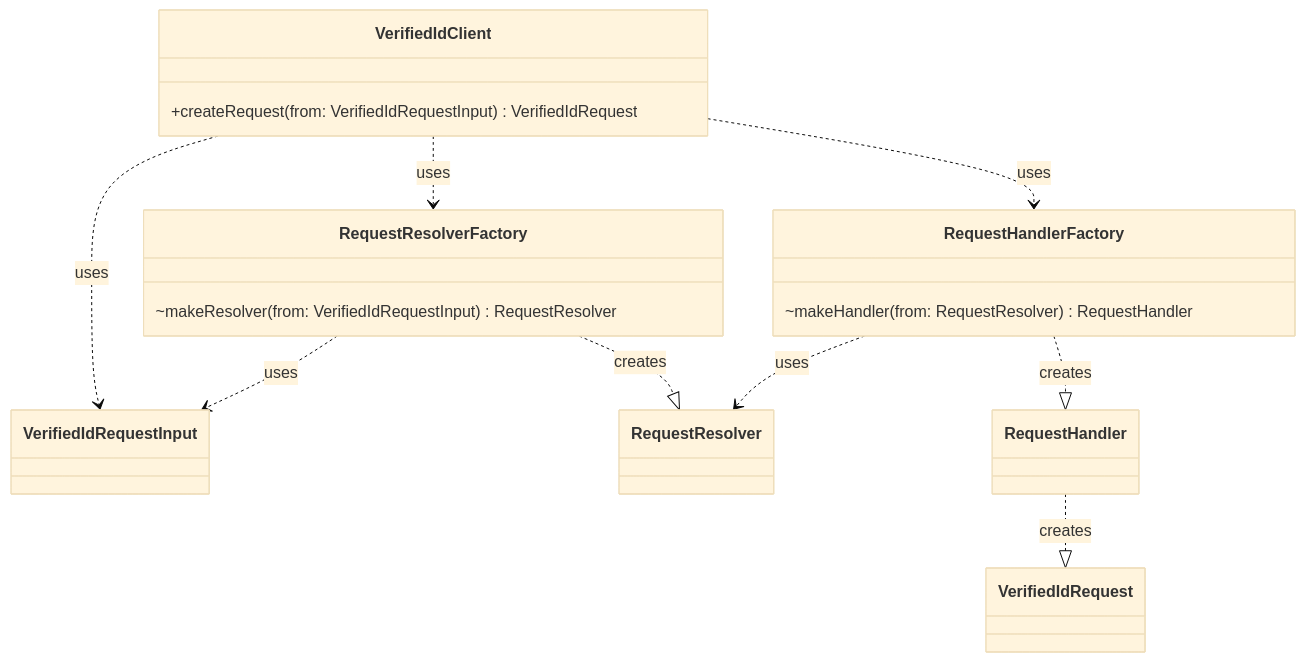
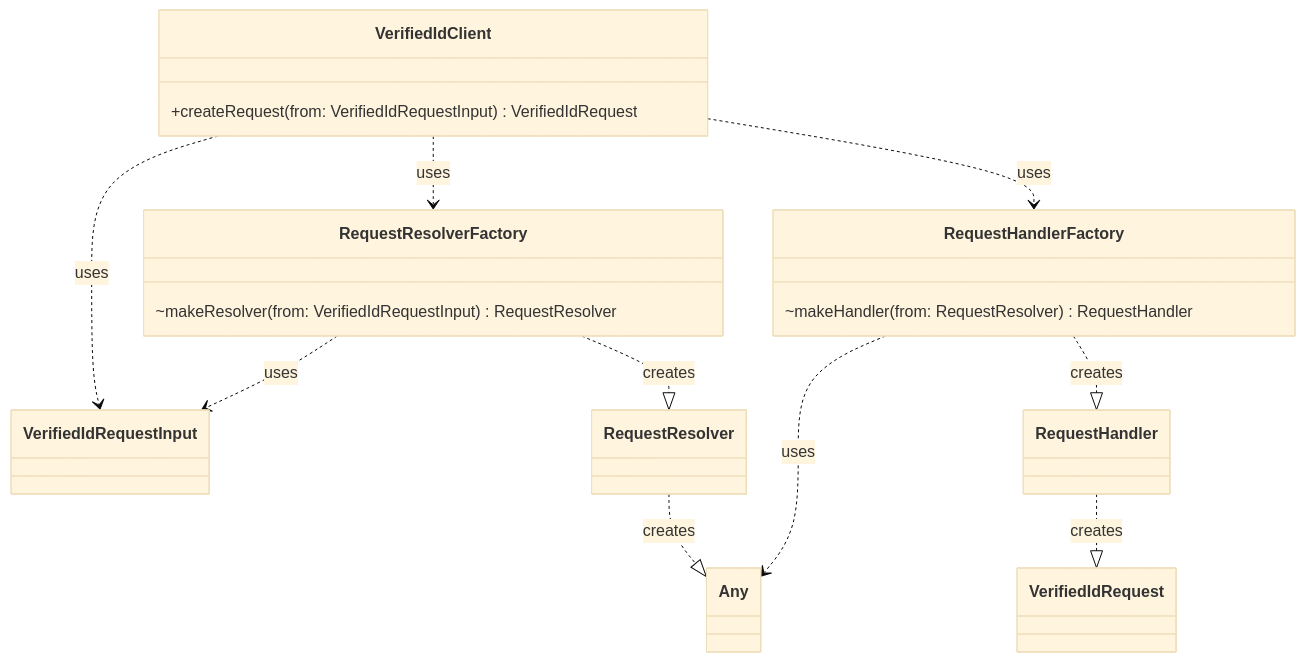
The second of 2 diagrams in Docs/InternalArchitecture.md (microsoft/entra-verifiedid-wallet-library-ios), drawn with Mermaid (base theme) before and after one commit. The commit also changed other lines of this file, not shown here.

````diff
--- a/Docs/InternalArchitecture.md
+++ b/Docs/InternalArchitecture.md
@@ -57,21 +41,22 @@
 ```mermaid
 classDiagram
 VerifiedIdClient ..> RequestResolverFactory: uses
 VerifiedIdClient ..> RequestHandlerFactory: uses
 VerifiedIdClient ..> VerifiedIdRequestInput: uses
 RequestResolverFactory ..> VerifiedIdRequestInput: uses
 RequestResolverFactory ..|> RequestResolver: creates
-RequestHandlerFactory ..> RequestResolver: uses
+RequestResolver ..|> Any: creates
+RequestHandlerFactory ..> Any: uses
 RequestHandlerFactory ..|> RequestHandler: creates
 RequestHandler ..|> VerifiedIdRequest: creates
 class VerifiedIdClient{
     +createRequest(from: VerifiedIdRequestInput) VerifiedIdRequest
 }
 class RequestResolverFactory{
     ~makeResolver(from: VerifiedIdRequestInput) RequestResolver
 }
 class RequestHandlerFactory{
     ~makeHandler(from: RequestResolver) RequestHandler
 }
 
 ```
````
